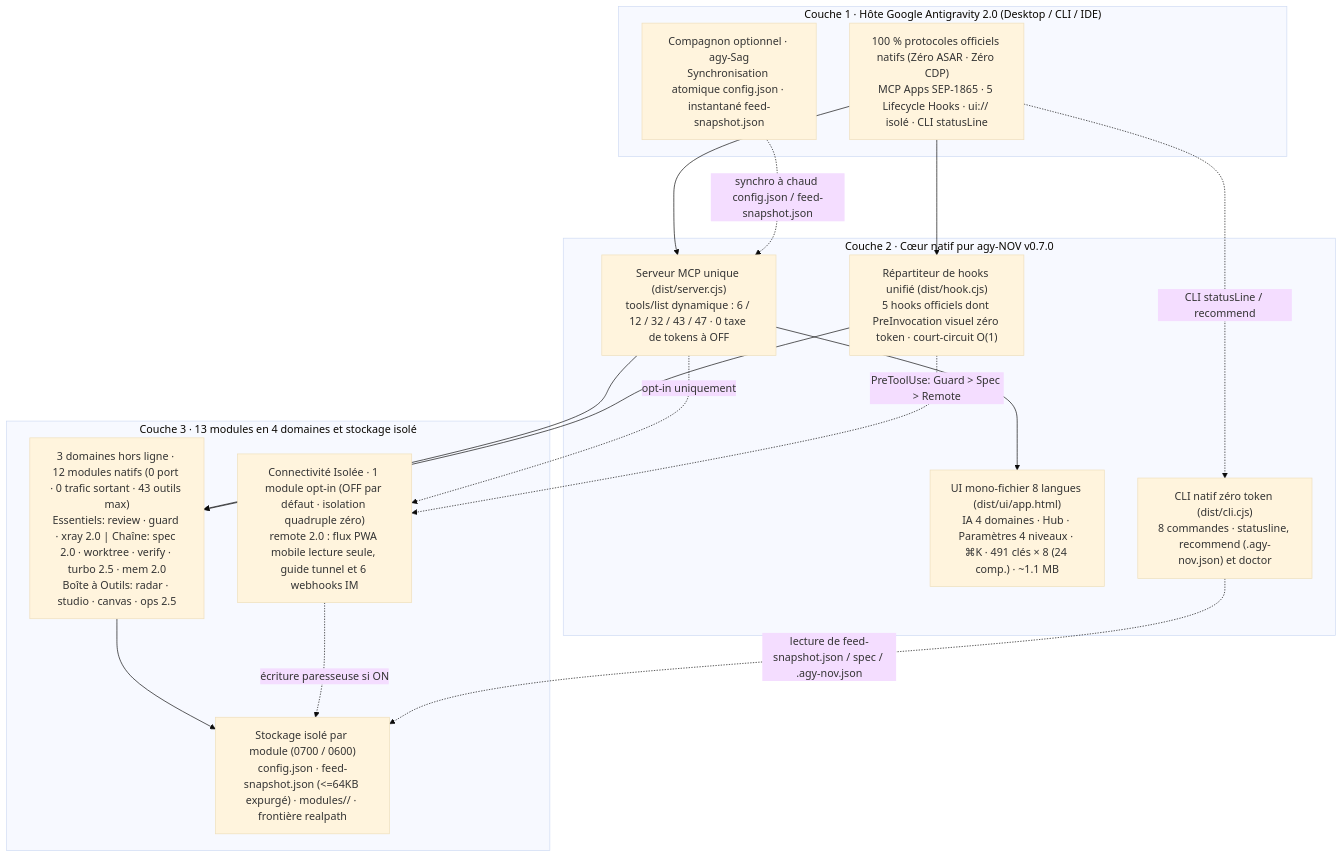
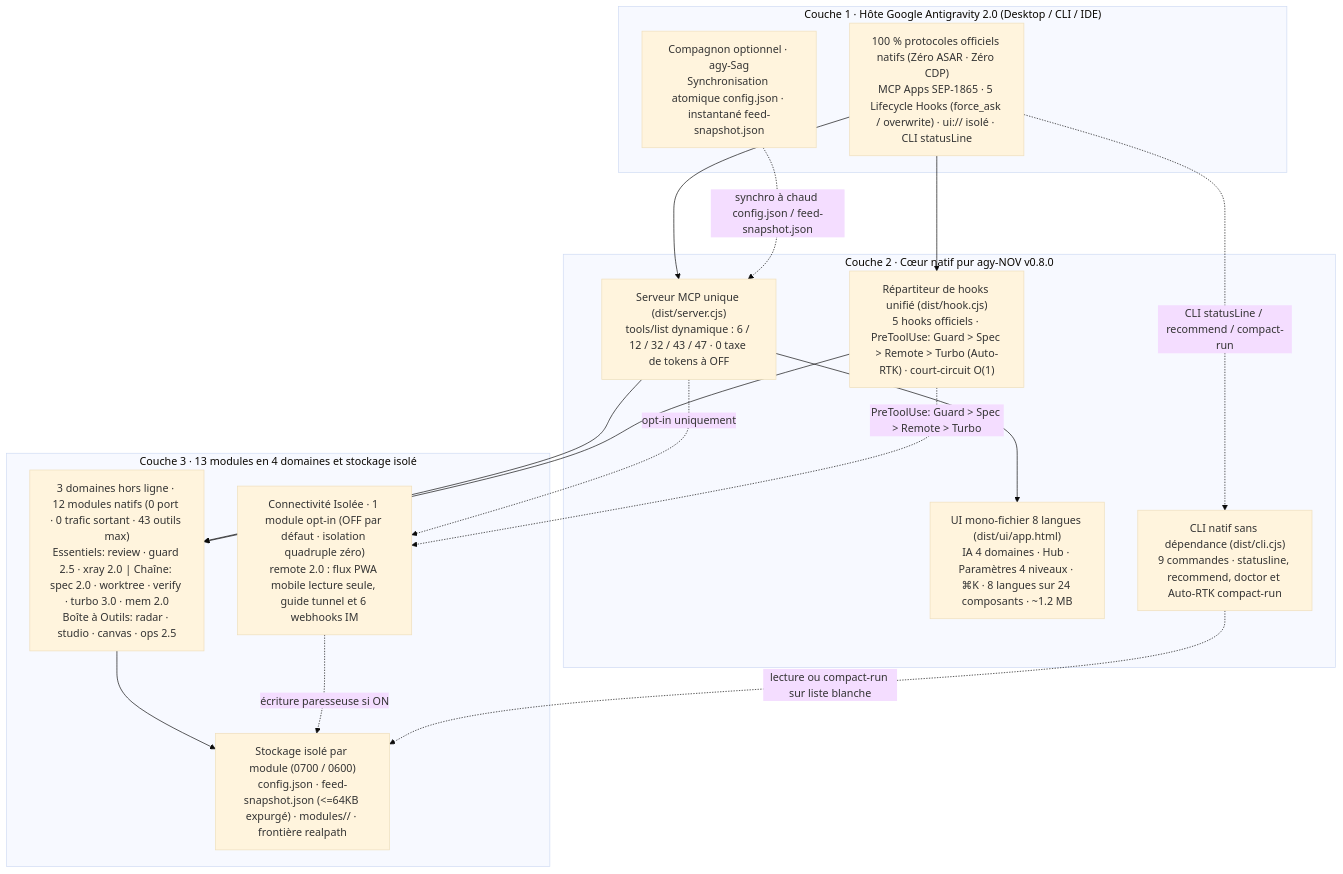
One commit to tone-leh/agy-NOV changed the diagram in docs/i18n/README.fr.md. Above: the diagram before and after it, drawn with Mermaid (base theme). The commit also changed other lines of this file and 47 other files, not shown here.

Commit message:
release: v0.8.0 — Auto-RTK overwrite proxy, Turbo 3.0 offline dep contracts/references/context pack & Guard 2.5 turn rewind/permission modes

````diff
--- a/docs/i18n/README.fr.md
+++ b/docs/i18n/README.fr.md
@@ -222,33 +217,33 @@
 ```mermaid
 flowchart TB
   subgraph L1["Couche 1 · Hôte Google Antigravity 2.0 (Desktop / CLI / IDE)"]
-    Host["100 % protocoles officiels natifs (Zéro ASAR · Zéro CDP)\nMCP Apps SEP-1865 · 5 Lifecycle Hooks · ui:// isolé · CLI statusLine"]
+    Host["100 % protocoles officiels natifs (Zéro ASAR · Zéro CDP)\nMCP Apps SEP-1865 · 5 Lifecycle Hooks (force_ask / overwrite) · ui:// isolé · CLI statusLine"]
     Sag["Compagnon optionnel · agy-Sag\nSynchronisation atomique config.json · instantané feed-snapshot.json"]
   end
 
-  subgraph L2["Couche 2 · Cœur natif pur agy-NOV v0.7.0"]
+  subgraph L2["Couche 2 · Cœur natif pur agy-NOV v0.8.0"]
     MCP["Serveur MCP unique (dist/server.cjs)\ntools/list dynamique : 6 / 12 / 32 / 43 / 47 · 0 taxe de tokens à OFF"]
-    Hook["Répartiteur de hooks unifié (dist/hook.cjs)\n5 hooks officiels dont PreInvocation visuel zéro token · court-circuit O(1)"]
-    UI["UI mono-fichier 8 langues (dist/ui/app.html)\nIA 4 domaines · Hub · Paramètres 4 niveaux · ⌘K · 491 clés × 8 (24 comp.) · ~1.1 MB"]
-    CLI["CLI natif zéro token (dist/cli.cjs)\n8 commandes · statusline, recommend (.agy-nov.json) et doctor"]
+    Hook["Répartiteur de hooks unifié (dist/hook.cjs)\n5 hooks officiels · PreToolUse: Guard > Spec > Remote > Turbo (Auto-RTK) · court-circuit O(1)"]
+    UI["UI mono-fichier 8 langues (dist/ui/app.html)\nIA 4 domaines · Hub · Paramètres 4 niveaux · ⌘K · 8 langues sur 24 composants · ~1.2 MB"]
+    CLI["CLI natif sans dépendance (dist/cli.cjs)\n9 commandes · statusline, recommend, doctor et Auto-RTK compact-run"]
   end
 
   subgraph L3["Couche 3 · 13 modules en 4 domaines et stockage isolé"]
-    T1["3 domaines hors ligne · 12 modules natifs (0 port · 0 trafic sortant · 43 outils max)\nEssentiels: review · guard · xray 2.0 | Chaîne: spec 2.0 · worktree · verify · turbo 2.5 · mem 2.0\nBoîte à Outils: radar · studio · canvas · ops 2.5"]
+    T1["3 domaines hors ligne · 12 modules natifs (0 port · 0 trafic sortant · 43 outils max)\nEssentiels: review · guard 2.5 · xray 2.0 | Chaîne: spec 2.0 · worktree · verify · turbo 3.0 · mem 2.0\nBoîte à Outils: radar · studio · canvas · ops 2.5"]
     T2R["Connectivité Isolée · 1 module opt-in (OFF par défaut · isolation quadruple zéro)\nremote 2.0 : flux PWA mobile lecture seule, guide tunnel et 6 webhooks IM"]
     Store["Stockage isolé par module (0700 / 0600)\nconfig.json · feed-snapshot.json (<=64KB expurgé) · modules/<id>/ · frontière realpath"]
   end
 
   Host --> MCP
   Host --> Hook
-  Host -. "CLI statusLine / recommend" .-> CLI
+  Host -. "CLI statusLine / recommend / compact-run" .-> CLI
   Sag -. "synchro à chaud config.json / feed-snapshot.json" .-> MCP
   MCP --> UI
   MCP --> T1
   MCP -. "opt-in uniquement" .-> T2R
   Hook --> T1
-  Hook -. "PreToolUse: Guard > Spec > Remote" .-> T2R
+  Hook -. "PreToolUse: Guard > Spec > Remote > Turbo" .-> T2R
   T1 --> Store
   T2R -. "écriture paresseuse si ON" .-> Store
-  CLI -. "lecture de feed-snapshot.json / spec / .agy-nov.json" .-> Store
+  CLI -. "lecture ou compact-run sur liste blanche" .-> Store
 ```
````
